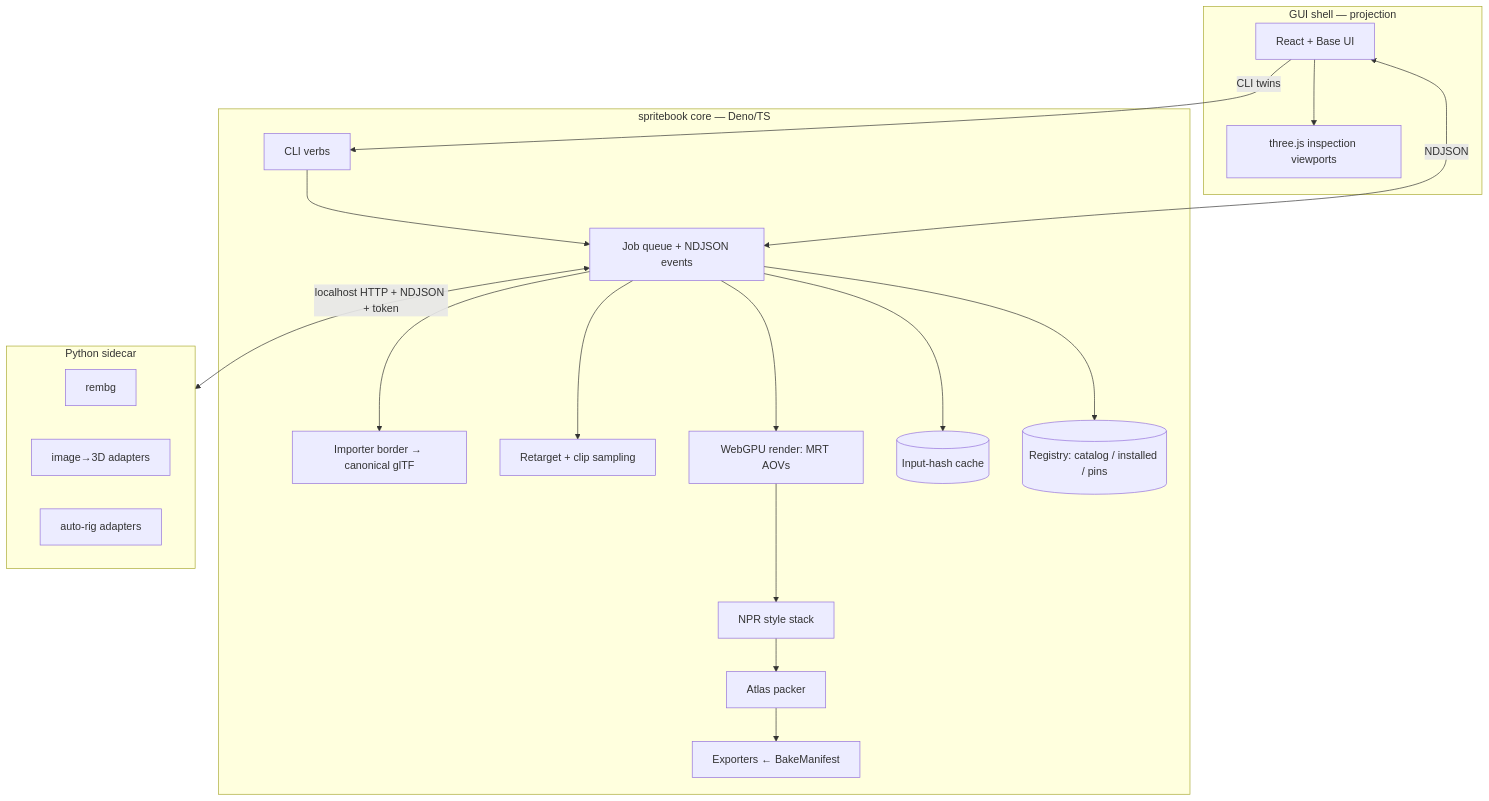
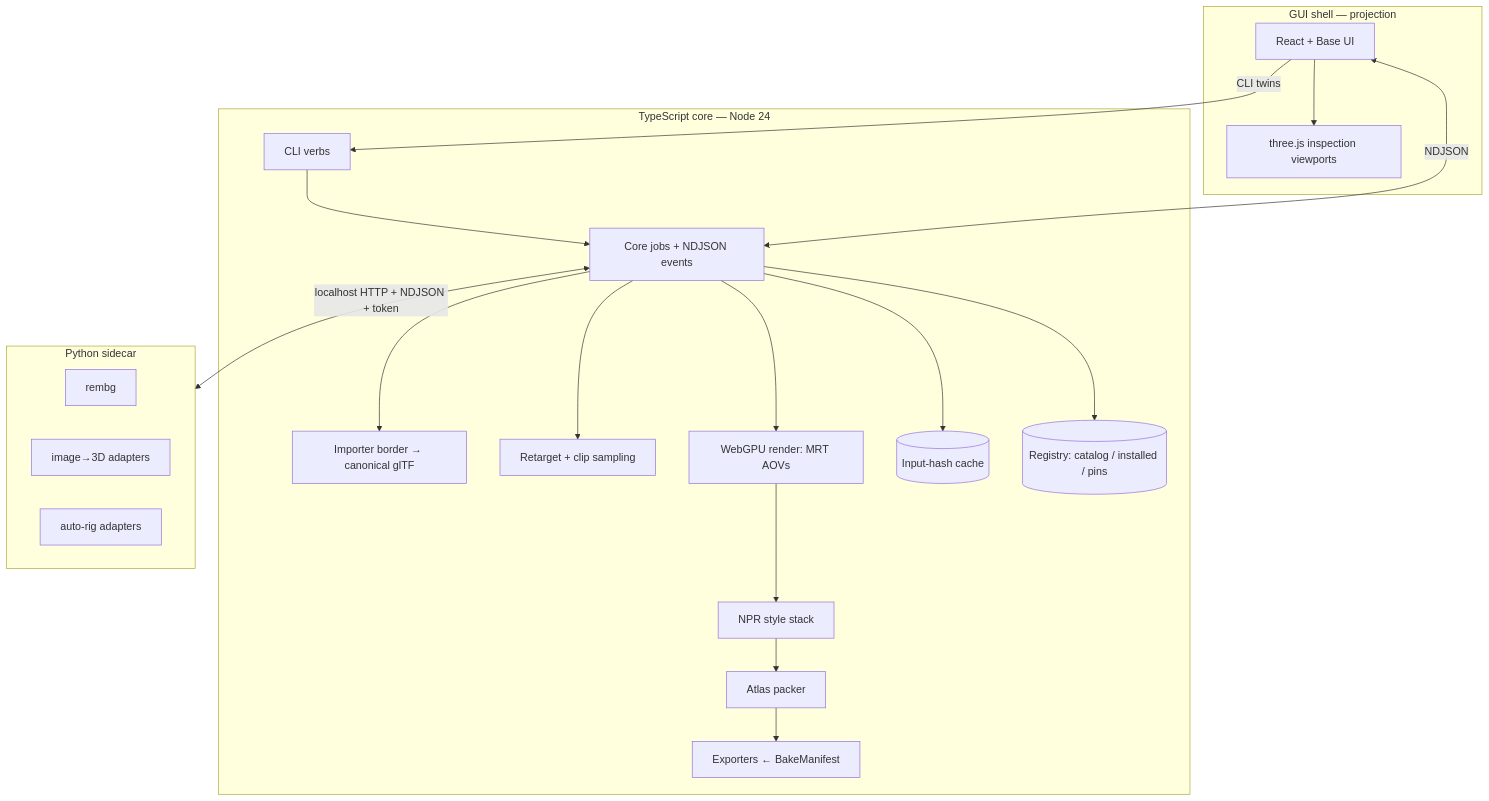
Before and after one commit to labcoder/spritebook: the diagram in docs/architecture/architecture.md, drawn with Mermaid. The commit also changed other lines of this file and 14 other files, not shown here.

First line of the commit message:
docs(architecture): align Node ownership and schema references

````diff
--- a/docs/architecture/architecture.md
+++ b/docs/architecture/architecture.md
@@ -23,23 +25,23 @@
 ```mermaid
 flowchart TB
   subgraph GUI [GUI shell — projection]
     UI[React + Base UI] --> VP[three.js inspection viewports]
   end
-  subgraph CORE [spritebook core — Deno/TS]
-    CLI[CLI verbs] --> Q[Job queue + NDJSON events]
+  subgraph CORE [TypeScript core — Node 24]
+    CLI[CLI verbs] --> Q[Core jobs + NDJSON events]
     Q --> IMP[Importer border → canonical glTF]
     Q --> ANIM[Retarget + clip sampling]
     Q --> REN[WebGPU render: MRT AOVs]
     REN --> NPR[NPR style stack]
     NPR --> PACK[Atlas packer]
     PACK --> EXP[Exporters ← BakeManifest]
     Q --> CACHE[(Input-hash cache)]
     Q --> REG[(Registry: catalog / installed / pins)]
   end
   subgraph SIDECAR [Python sidecar]
     REM[rembg] & GEN[image→3D adapters] & RIG[auto-rig adapters]
   end
   UI -->|CLI twins| CLI
   UI <-->|NDJSON| Q
   Q <-->|localhost HTTP + NDJSON + token| SIDECAR
 ```
````
